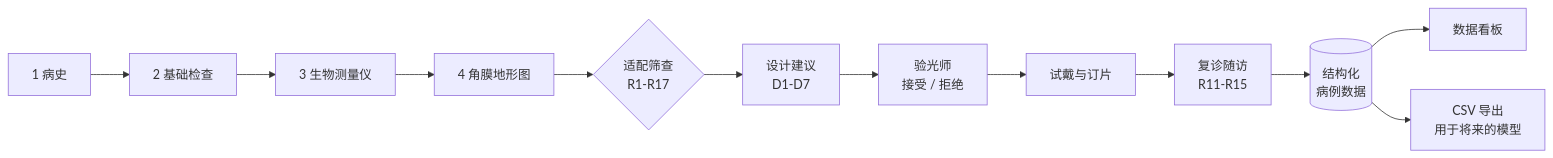
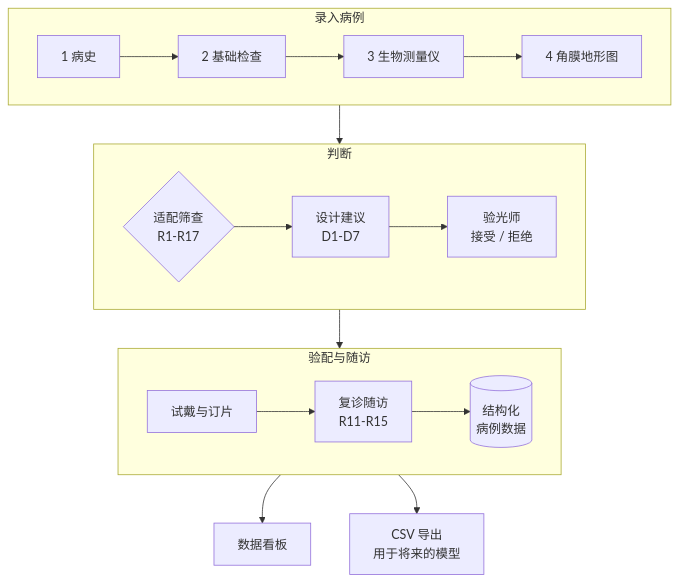
One commit to WHYNOT-LUO/ortho-k-fitting-assistant changed the first of 2 diagrams in README.zh-CN.md. Above: the diagram before and after it, drawn with Mermaid. The commit also changed 1 other file, not shown here.

Commit message:
README: split the workflow diagram into three short rows

````diff
--- a/README.zh-CN.md
+++ b/README.zh-CN.md
@@ -56,12 +56,18 @@
 ```mermaid
-flowchart LR
-    H["1 病史"] --> B["2 基础检查"] --> M["3 生物测量仪"] --> T["4 角膜地形图"]
-    T --> S{"适配筛查<br/>R1-R17"}
-    S --> D["设计建议<br/>D1-D7"]
-    D --> O["验光师<br/>接受 / 拒绝"]
-    O --> L["试戴与订片"]
-    L --> F["复诊随访<br/>R11-R15"]
-    F --> DATA[("结构化<br/>病例数据")]
+flowchart TB
+    subgraph EXAM["录入病例"]
+        direction LR
+        H["1 病史"] --> B["2 基础检查"] --> M["3 生物测量仪"] --> T["4 角膜地形图"]
+    end
+    subgraph DECIDE["判断"]
+        direction LR
+        S{"适配筛查<br/>R1-R17"} --> D["设计建议<br/>D1-D7"] --> O["验光师<br/>接受 / 拒绝"]
+    end
+    subgraph FIT["验配与随访"]
+        direction LR
+        L["试戴与订片"] --> F["复诊随访<br/>R11-R15"] --> DATA[("结构化<br/>病例数据")]
+    end
+    EXAM --> DECIDE --> FIT
     DATA --> DASH["数据看板"]
     DATA --> CSV["CSV 导出<br/>用于将来的模型"]
 ```
````
